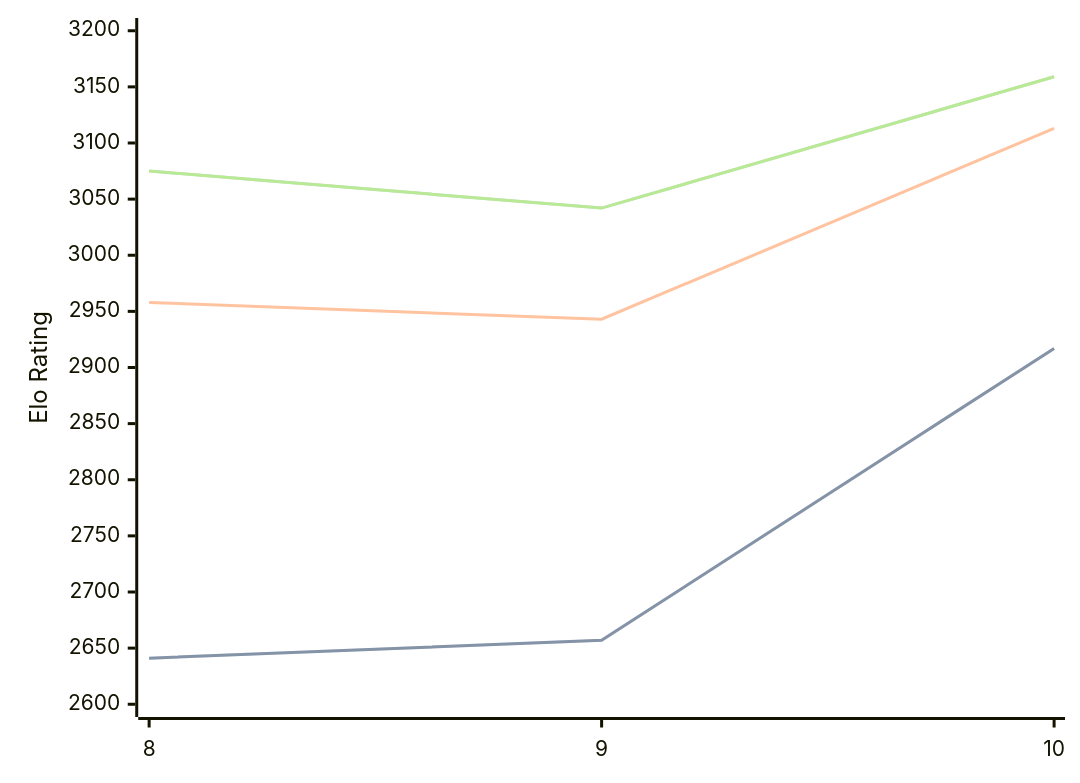
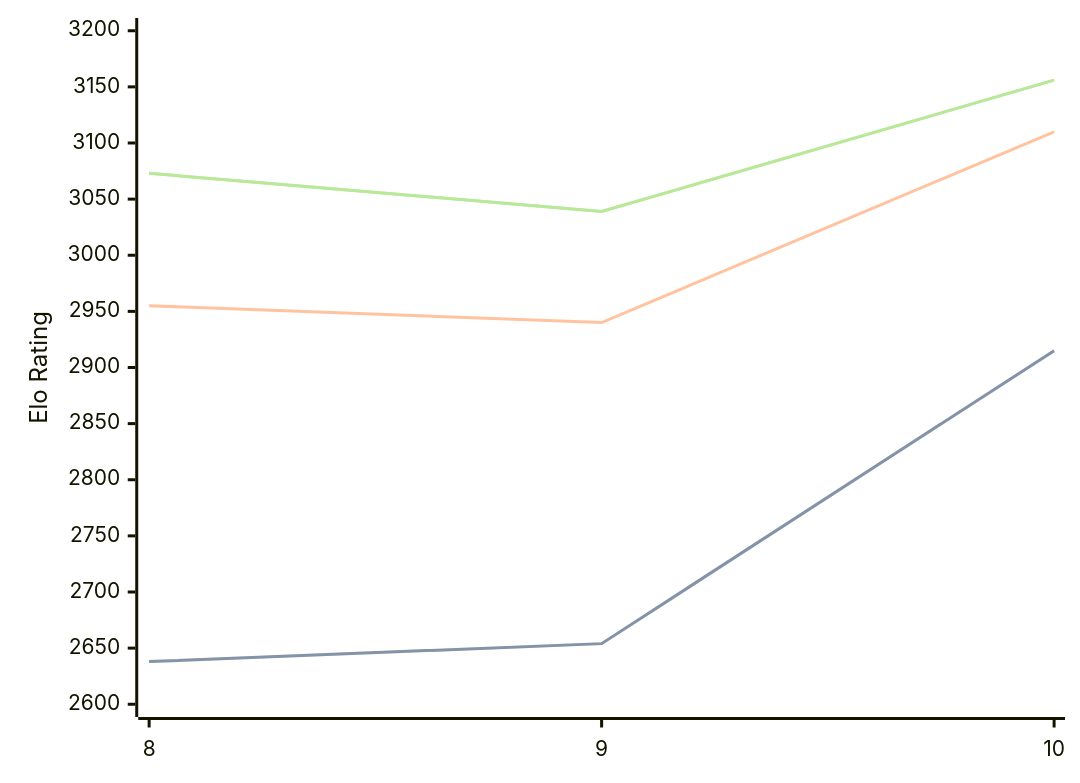
Before and after one commit to computer-chess-index/cci: the diagram in engines/Lozza.md, drawn with Mermaid. The commit also changed other lines of this file, not shown here.

Commit message:
Update CCI Ratings (ELO VLTC) - 2026-03-10

````diff
--- a/engines/Lozza.md
+++ b/engines/Lozza.md
@@ -39,11 +39,11 @@
 ```mermaid
 %%{init: {"theme":"base","themeVariables":{"seriesColors:['#a3a3a3','#222221','#faa371']}}}%%
 xychart-beta
   x-axis ["8", "9", "10"]
   y-axis "Elo Rating" 2600 --> 3200
-  line "STC (8.0+0.08s)" [2641, 2657, 2917]
-  line "STC (8.0+0.08s)" [2641, 2657, 2917]
-  line "LTC (60.0+0.60s)" [2958, 2943, 3113]
-  line "VLTC (2m24s+1.12s)" [3075, 3042, 3159]
-  line "VLTC (2m24s+1.12s)" [3075, 3042, 3159]
+  line "STC (8.0+0.08s)" [2638, 2654, 2915]
+  line "STC (8.0+0.08s)" [2638, 2654, 2915]
+  line "LTC (60.0+0.60s)" [2955, 2940, 3110]
+  line "VLTC (2m24s+1.12s)" [3073, 3039, 3156]
+  line "VLTC (2m24s+1.12s)" [3073, 3039, 3156]
 ```
````
